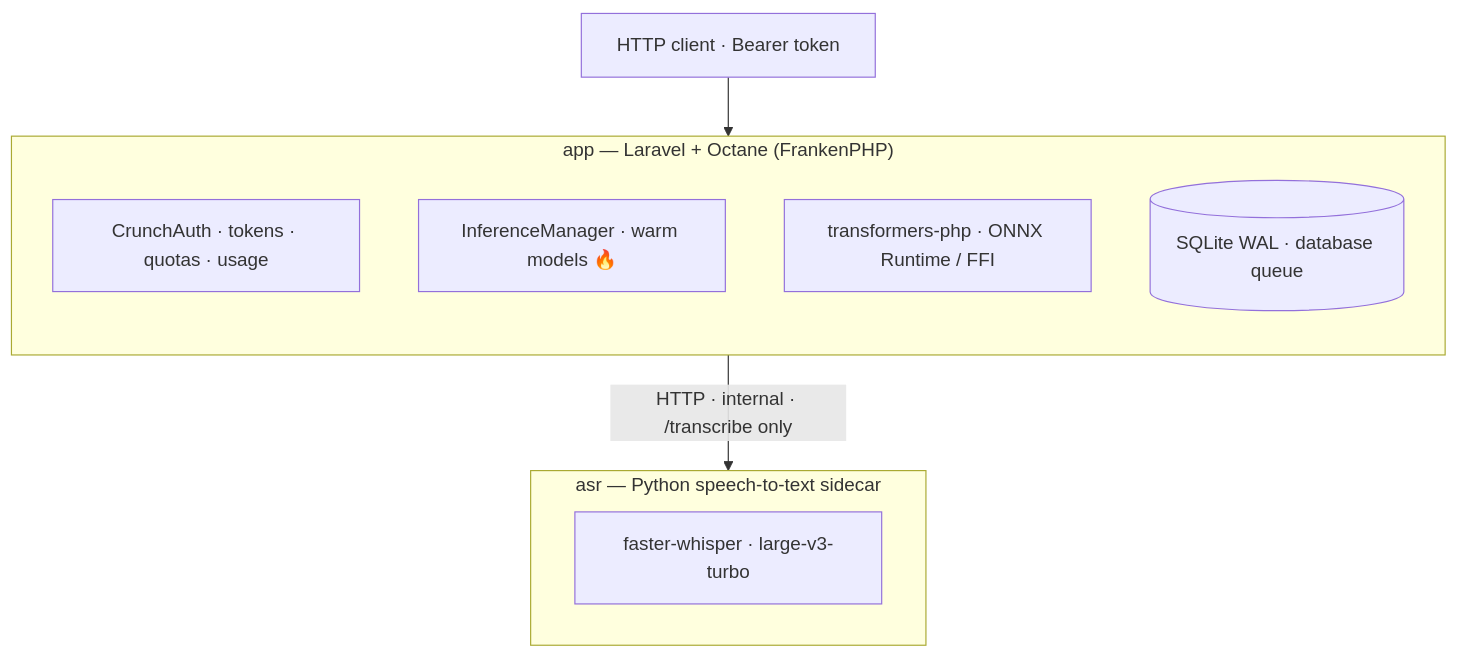
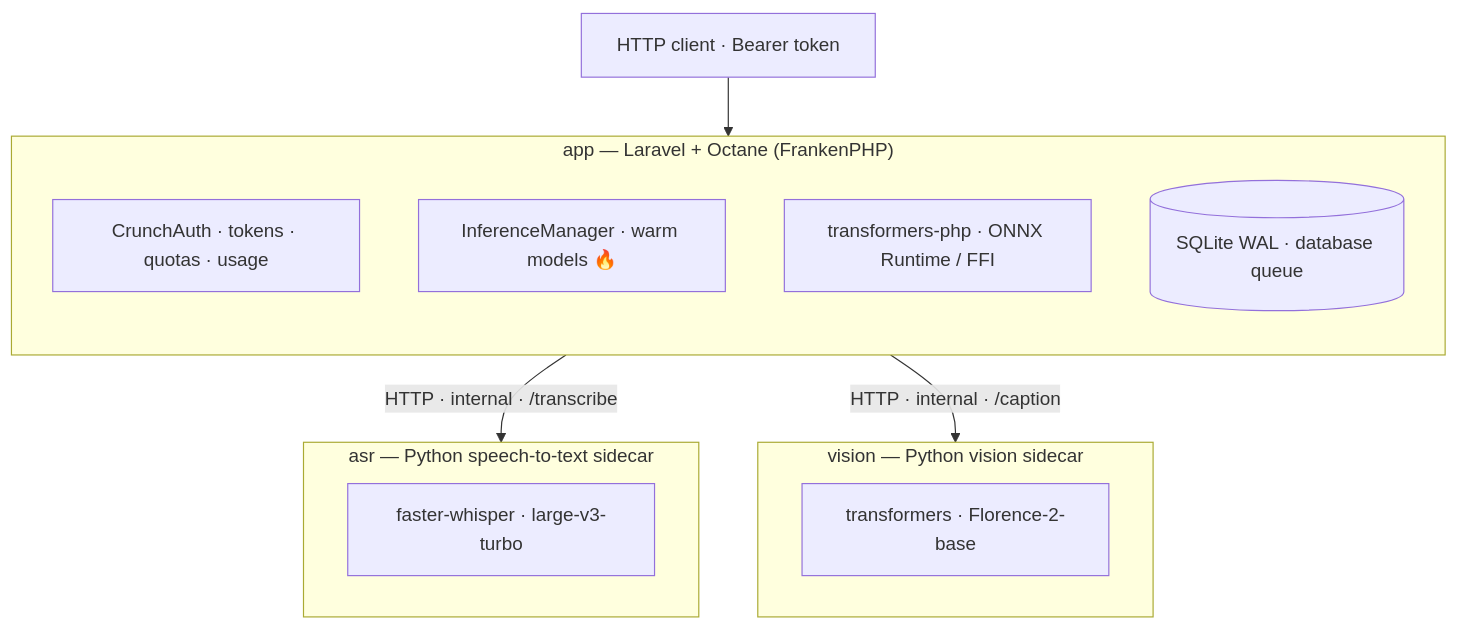
One commit to StuMason/crunch changed the diagram in README.md. Above: the diagram before and after it, drawn with Mermaid. The commit also changed other lines of this file and 9 other files, not shown here.

First line of the commit message:
Add Florence-2 vision sidecar for captioning

````diff
--- a/README.md
+++ b/README.md
@@ -99,15 +99,19 @@
 ```mermaid
 flowchart TD
     client["HTTP client · Bearer token"] --> app
     subgraph app["app — Laravel + Octane (FrankenPHP)"]
         direction TB
         auth["CrunchAuth · tokens · quotas · usage"]
         mgr["InferenceManager · warm models 🔥"]
         onnx["transformers-php · ONNX Runtime / FFI"]
         store[("SQLite WAL · database queue")]
     end
-    app -- "HTTP · internal · /transcribe only" --> asr
+    app -- "HTTP · internal · /transcribe" --> asr
+    app -- "HTTP · internal · /caption" --> vision
     subgraph asr["asr — Python speech-to-text sidecar"]
         fw["faster-whisper · large-v3-turbo"]
     end
+    subgraph vision["vision — Python vision sidecar"]
+        fl["transformers · Florence-2-base"]
+    end
 ```
````
